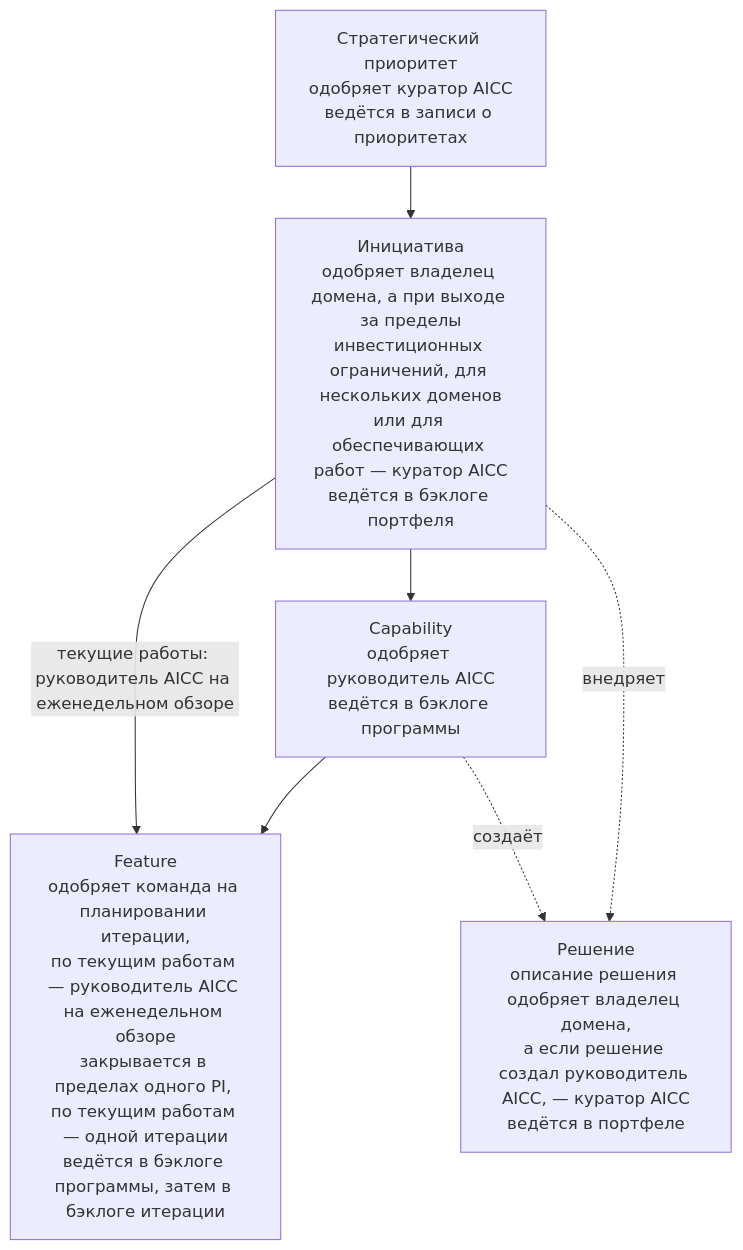
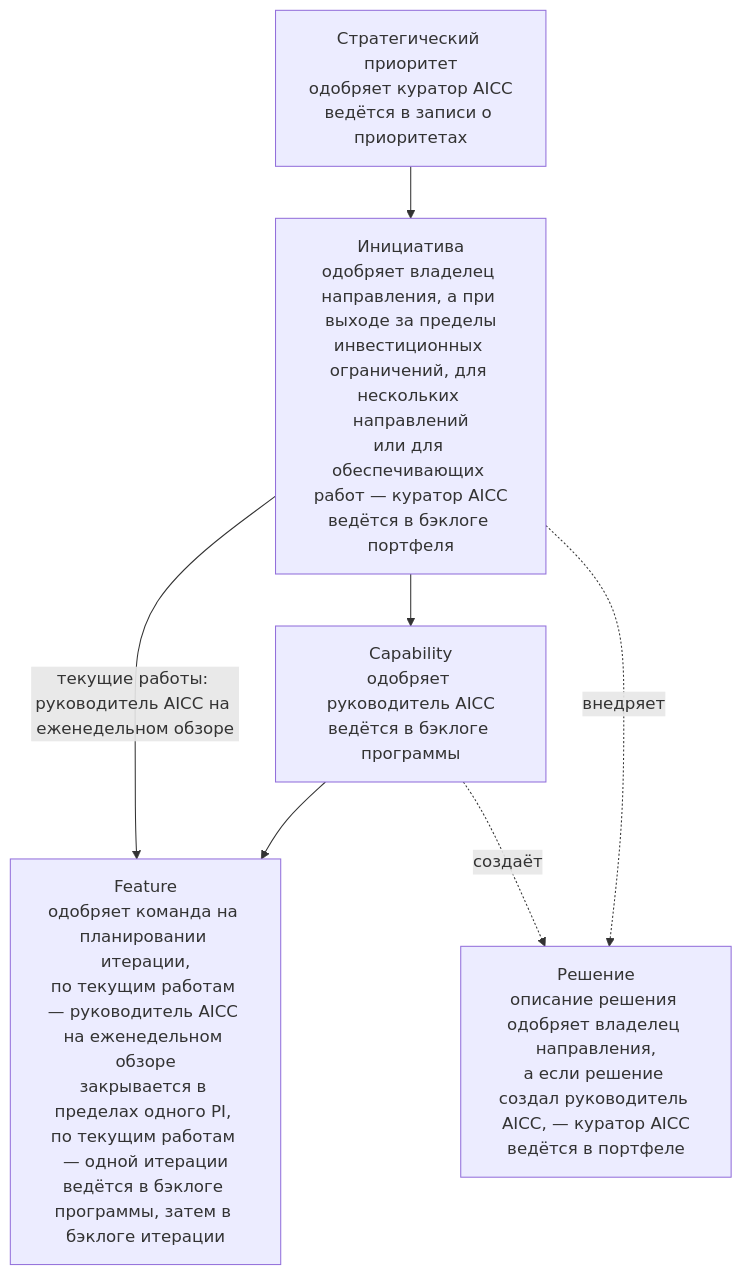
The first of 5 diagrams in charter/ru/guides/service-delivery-guide.md (devhogu/ob-aicc), drawn with Mermaid before and after one commit. The commit also changed other lines of this file and 290 other files, not shown here.

First line of the commit message:
Russian edition: Domain is «направление» (владелец направления, эксперт направления); Strategic Priority 3 is «AI в работе направлений Банка»

````diff
--- a/charter/ru/guides/service-delivery-guide.md
+++ b/charter/ru/guides/service-delivery-guide.md
@@ -17,14 +17,14 @@
 ```mermaid
 flowchart TB
   SP["Стратегический приоритет<br/>одобряет куратор AICC<br/>ведётся в записи о приоритетах"]
-  INI["Инициатива<br/>одобряет владелец домена, а при выходе за пределы<br/>инвестиционных ограничений, для нескольких доменов<br/>или для обеспечивающих работ — куратор AICC<br/>ведётся в бэклоге портфеля"]
+  INI["Инициатива<br/>одобряет владелец направления, а при выходе за пределы<br/>инвестиционных ограничений, для нескольких направлений<br/>или для обеспечивающих работ — куратор AICC<br/>ведётся в бэклоге портфеля"]
   CAP["Capability<br/>одобряет руководитель AICC<br/>ведётся в бэклоге программы"]
   FT["Feature<br/>одобряет команда на планировании итерации,<br/>по текущим работам — руководитель AICC на еженедельном обзоре<br/>закрывается в пределах одного PI, по текущим работам — одной итерации<br/>ведётся в бэклоге программы, затем в бэклоге итерации"]
-  SOL["Решение<br/>описание решения одобряет владелец домена,<br/>а если решение создал руководитель AICC, — куратор AICC<br/>ведётся в портфеле"]
+  SOL["Решение<br/>описание решения одобряет владелец направления,<br/>а если решение создал руководитель AICC, — куратор AICC<br/>ведётся в портфеле"]
   SP --> INI
   INI --> CAP
   CAP --> FT
   INI -->|текущие работы: руководитель AICC на еженедельном обзоре| FT
   INI -.->|"внедряет"| SOL
   CAP -.->|"создаёт"| SOL
 ```
````
